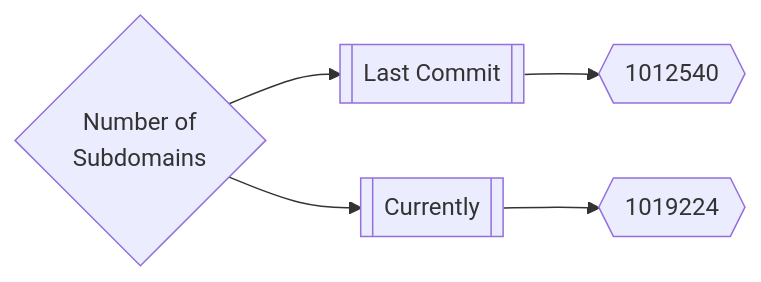
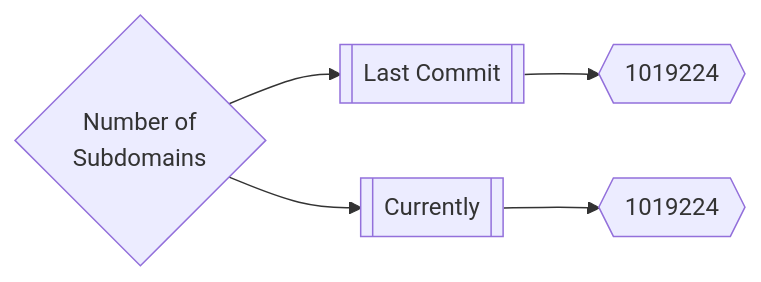
One commit to Excloudx6/inventory changed the first of 3 diagrams in README.md. Above: the diagram before and after it, drawn with Mermaid.

Commit message:
Update README.md Thu Aug 18 22:18:33 UTC 2022

````diff
--- a/README.md
+++ b/README.md
@@ -167,5 +167,5 @@
 ```mermaid
 graph LR
-title{Number of<br>Subdomains} --> subdomainsDate1[[Last Commit]] --> subdomainsNum1{{1012540}}
+title{Number of<br>Subdomains} --> subdomainsDate1[[Last Commit]] --> subdomainsNum1{{1019224}}
 title --> subdomainsDate2[[Currently]] --> subdomainsNum2{{1019224}}
 ```
````
